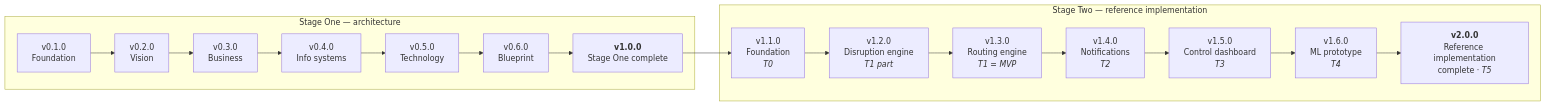
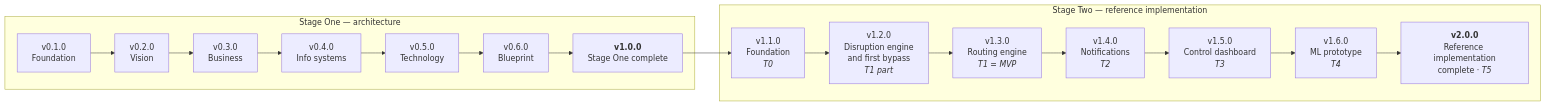
Before and after one commit to emekamnwoke-glitch/routeshield: the first of 2 diagrams in docs/01-stage-one-architecture/phase-f-migration-planning/roadmap-and-release-plan.md, drawn with Mermaid. The commit also changed other lines of this file and 3 other files, not shown here.

First line of the commit message:
docs(plan): bring a first bypass suggestion forward to v1.2.0

````diff
--- a/docs/01-stage-one-architecture/phase-f-migration-planning/roadmap-and-release-plan.md
+++ b/docs/01-stage-one-architecture/phase-f-migration-planning/roadmap-and-release-plan.md
@@ -13,10 +13,10 @@
 ```mermaid
 flowchart LR
     subgraph S1["Stage One — architecture"]
         v01["v0.1.0<br/>Foundation"] --> v02["v0.2.0<br/>Vision"] --> v03["v0.3.0<br/>Business"] --> v04["v0.4.0<br/>Info systems"] --> v05["v0.5.0<br/>Technology"] --> v06["v0.6.0<br/>Blueprint"] --> v10["<b>v1.0.0</b><br/>Stage One complete"]
     end
     subgraph S2["Stage Two — reference implementation"]
-        v11["v1.1.0<br/>Foundation<br/><i>T0</i>"] --> v12["v1.2.0<br/>Disruption engine<br/><i>T1 part</i>"] --> v13["v1.3.0<br/>Routing engine<br/><i>T1 = MVP</i>"] --> v14["v1.4.0<br/>Notifications<br/><i>T2</i>"] --> v15["v1.5.0<br/>Control dashboard<br/><i>T3</i>"] --> v16["v1.6.0<br/>ML prototype<br/><i>T4</i>"] --> v20["<b>v2.0.0</b><br/>Reference implementation<br/>complete · <i>T5</i>"]
+        v11["v1.1.0<br/>Foundation<br/><i>T0</i>"] --> v12["v1.2.0<br/>Disruption engine<br/>and first bypass<br/><i>T1 part</i>"] --> v13["v1.3.0<br/>Routing engine<br/><i>T1 = MVP</i>"] --> v14["v1.4.0<br/>Notifications<br/><i>T2</i>"] --> v15["v1.5.0<br/>Control dashboard<br/><i>T3</i>"] --> v16["v1.6.0<br/>ML prototype<br/><i>T4</i>"] --> v20["<b>v2.0.0</b><br/>Reference implementation<br/>complete · <i>T5</i>"]
     end
     v10 --> v11
 ```
````
